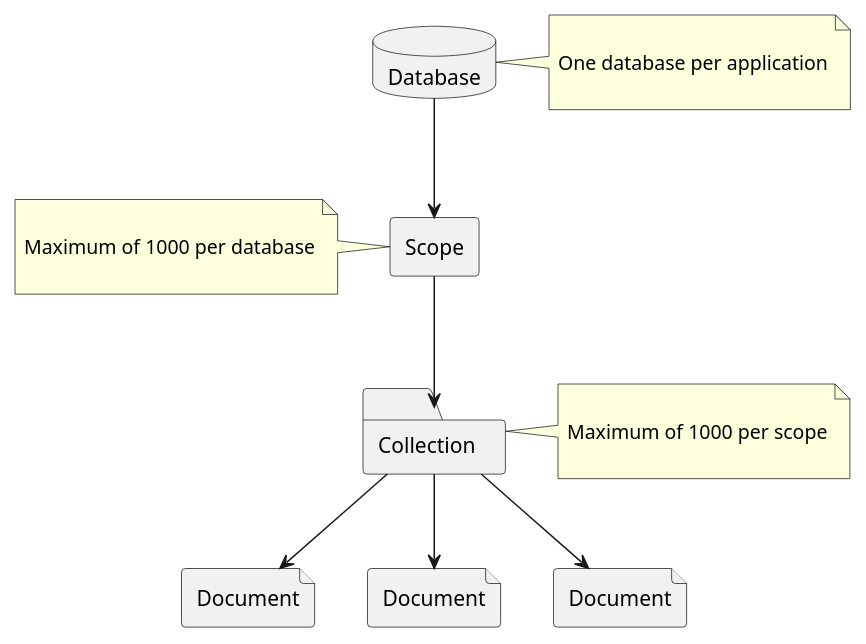
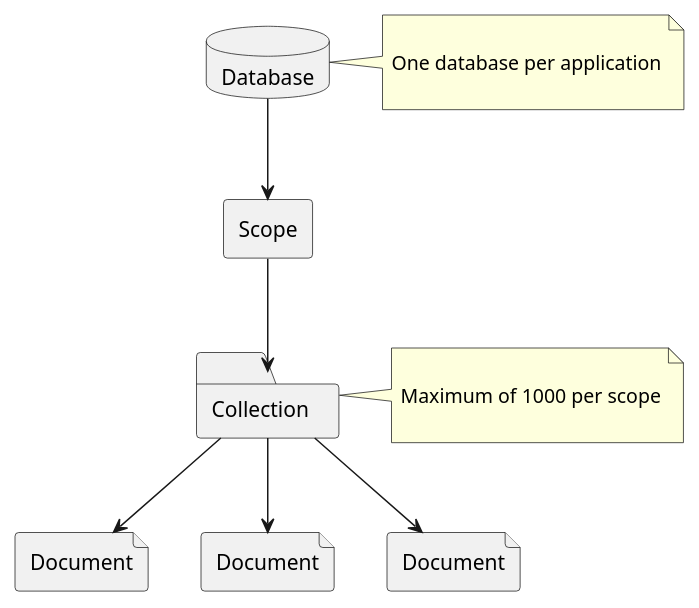
Before and after one commit to couchbase/docs-couchbase-lite: the second of 2 diagrams in modules/ROOT/partials/diagram-definitions.adoc, drawn with PlantUML. The commit also changed 7 other files, not shown here.

```diff
--- a/modules/ROOT/partials/diagram-definitions.adoc
+++ b/modules/ROOT/partials/diagram-definitions.adoc
@@ -57,44 +57,40 @@
 [plantuml]
 ----
 @startuml
 
 
 database "Database" as db
 
 rectangle "Scope" as scope
 
 folder "Collection" as collection
 
 
 
 file "Document" as document1
 file "Document" as document2
 file "Document" as document3
 
 db --> scope
 scope --> collection
 collection --> document1
 collection --> document2
 collection --> document3
 
 
-note left of scope
 
-  Maximum of 1000 per database
-  
-end note
 
 note right of collection
 
   Maximum of 1000 per scope
   
 end note
 
 note right of db
 
   One database per application
 
 end note
 
 @enduml
 ----
```
